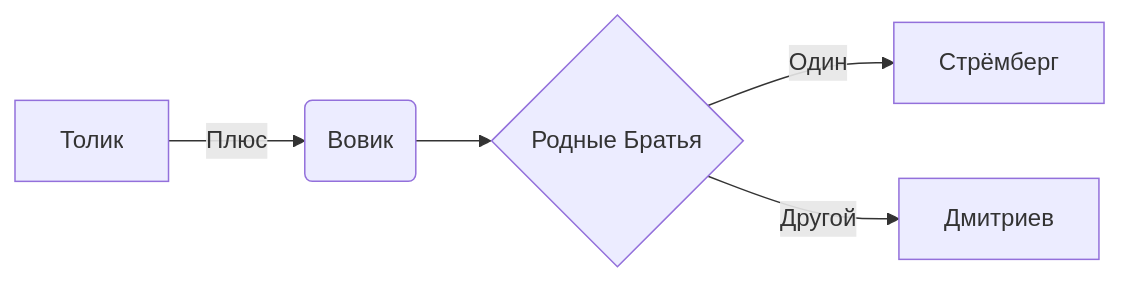
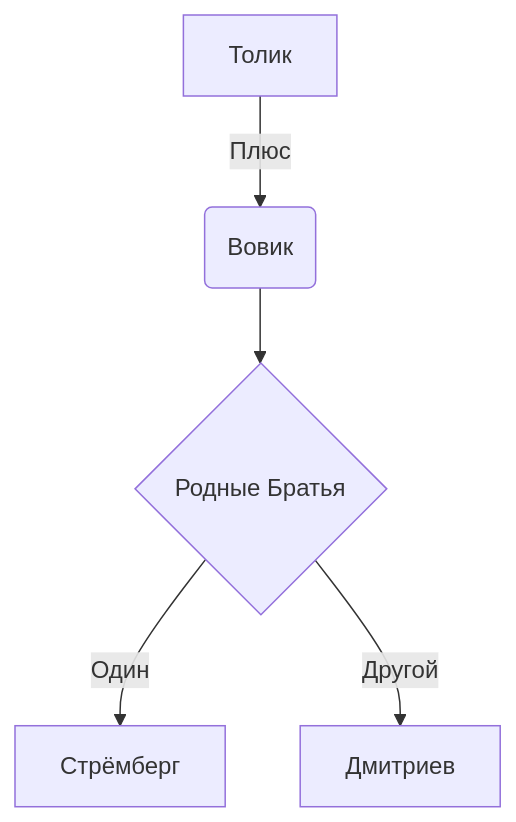
One commit to dvesti/site-dia changed the first of 5 diagrams in content/posts/my-article-name/index.md. Above: the diagram before and after it, drawn with Mermaid. The commit also changed other lines of this file, not shown here.

```diff
--- a/content/posts/my-article-name/index.md
+++ b/content/posts/my-article-name/index.md
@@ -53,7 +53,7 @@
 {{< mermaid >}}
-graph LR
+graph TD
 A[Толик] -->|Плюс| B(Вовик)
 B --> C{Родные Братья}
 C -->|Один| D[Стрёмберг]
 C -->|Другой| E[Дмитриев]
 {{< /mermaid >}}
```
